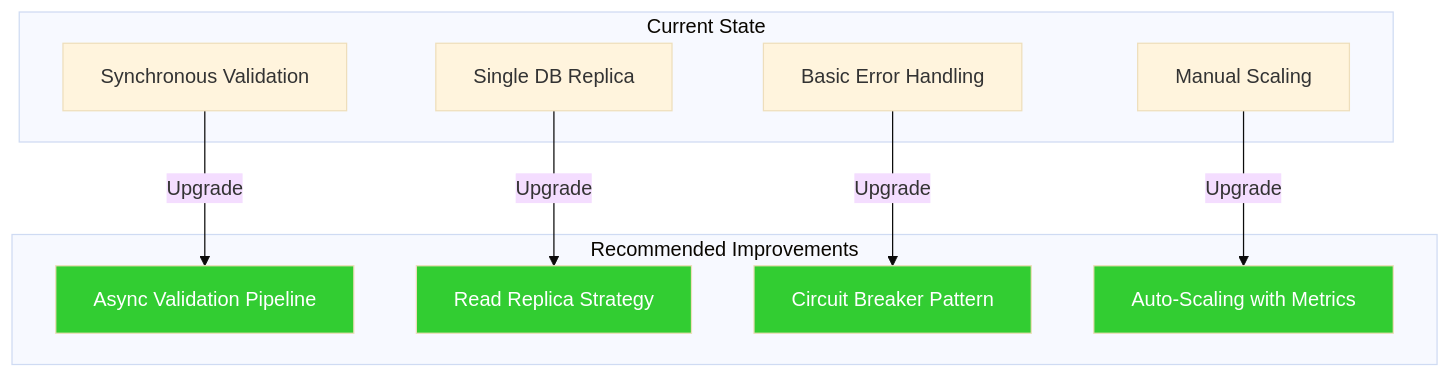
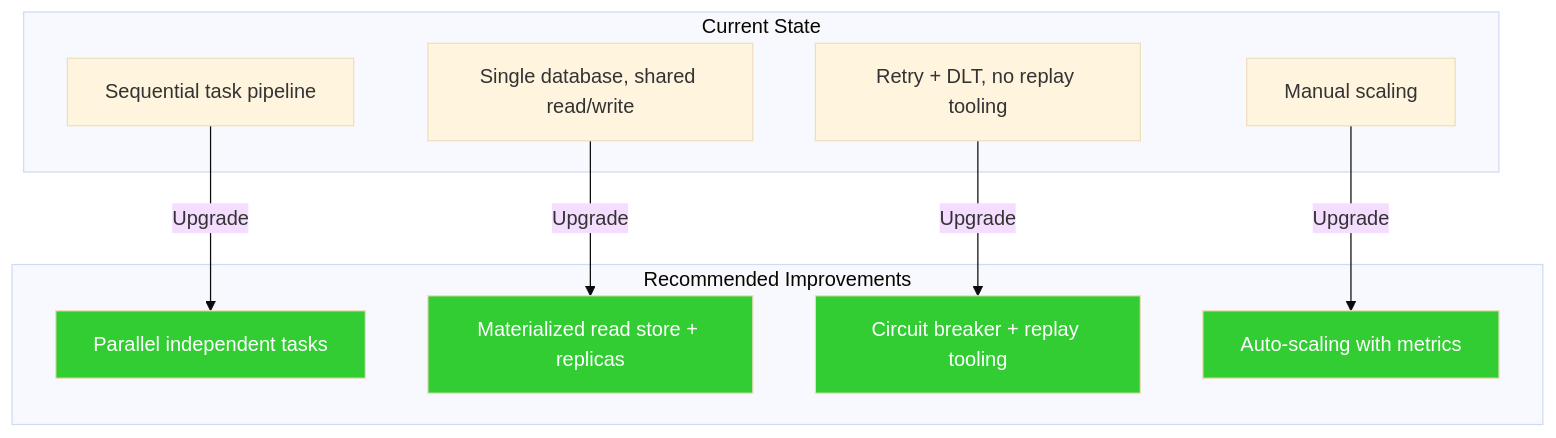
Diagram 23 of 25 in oms-core/docs/architecture-specification.md (tbaderts/oms), drawn with Mermaid (base theme) before and after one commit. The commit also changed other lines of this file and 104 other files, not shown here.

Commit message:
architecture improvements

````diff
--- a/oms-core/docs/architecture-specification.md
+++ b/oms-core/docs/architecture-specification.md
@@ -1079,26 +1168,26 @@
 ```mermaid
 graph TD
     subgraph "Current State"
-        C1[Synchronous Validation]
-        C2[Single DB Replica]
-        C3[Basic Error Handling]
-        C4[Manual Scaling]
+        C1[Sequential task pipeline]
+        C2[Single database, shared read/write]
+        C3[Retry + DLT, no replay tooling]
+        C4[Manual scaling]
     end
-    
+
     subgraph "Recommended Improvements"
-        R1[Async Validation Pipeline]
-        R2[Read Replica Strategy]
-        R3[Circuit Breaker Pattern]
-        R4[Auto-Scaling with Metrics]
+        R1[Parallel independent tasks]
+        R2[Materialized read store + replicas]
+        R3[Circuit breaker + replay tooling]
+        R4[Auto-scaling with metrics]
     end
     
     C1 -->|Upgrade| R1
     C2 -->|Upgrade| R2
     C3 -->|Upgrade| R3
     C4 -->|Upgrade| R4
     
     style R1 fill:#32CD32,color:#FFF
     style R2 fill:#32CD32,color:#FFF
     style R3 fill:#32CD32,color:#FFF
     style R4 fill:#32CD32,color:#FFF
 ```
````
